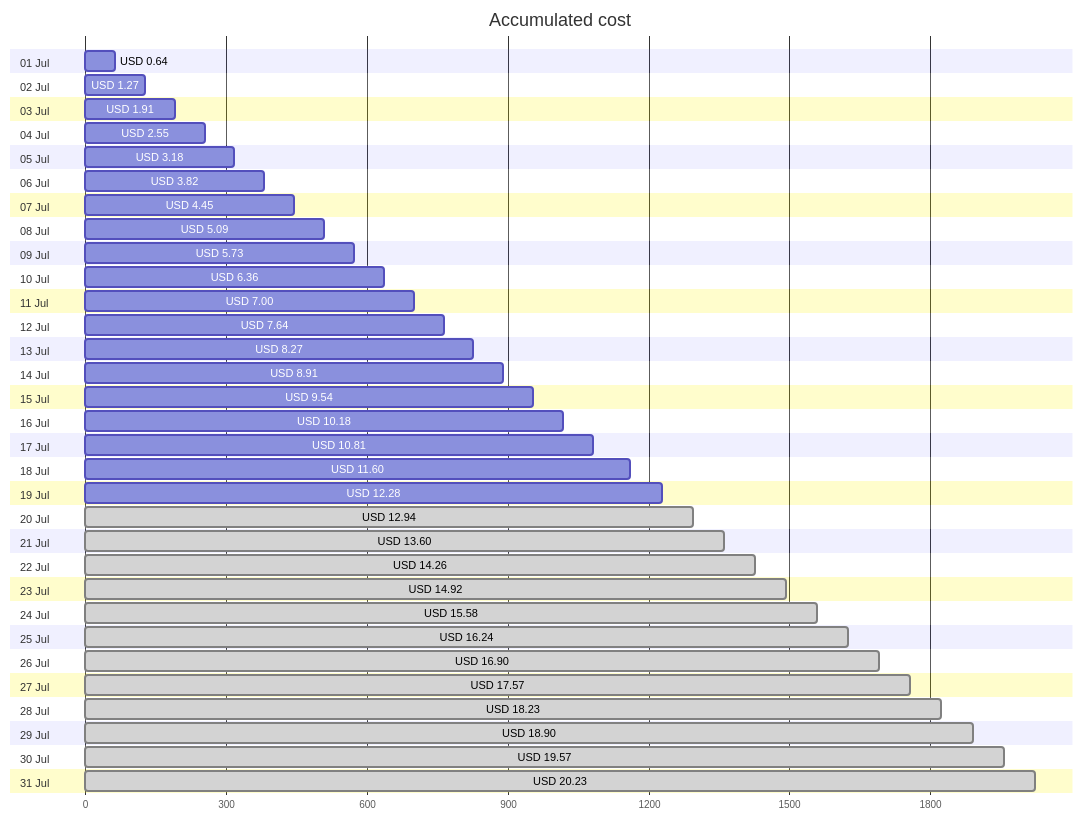
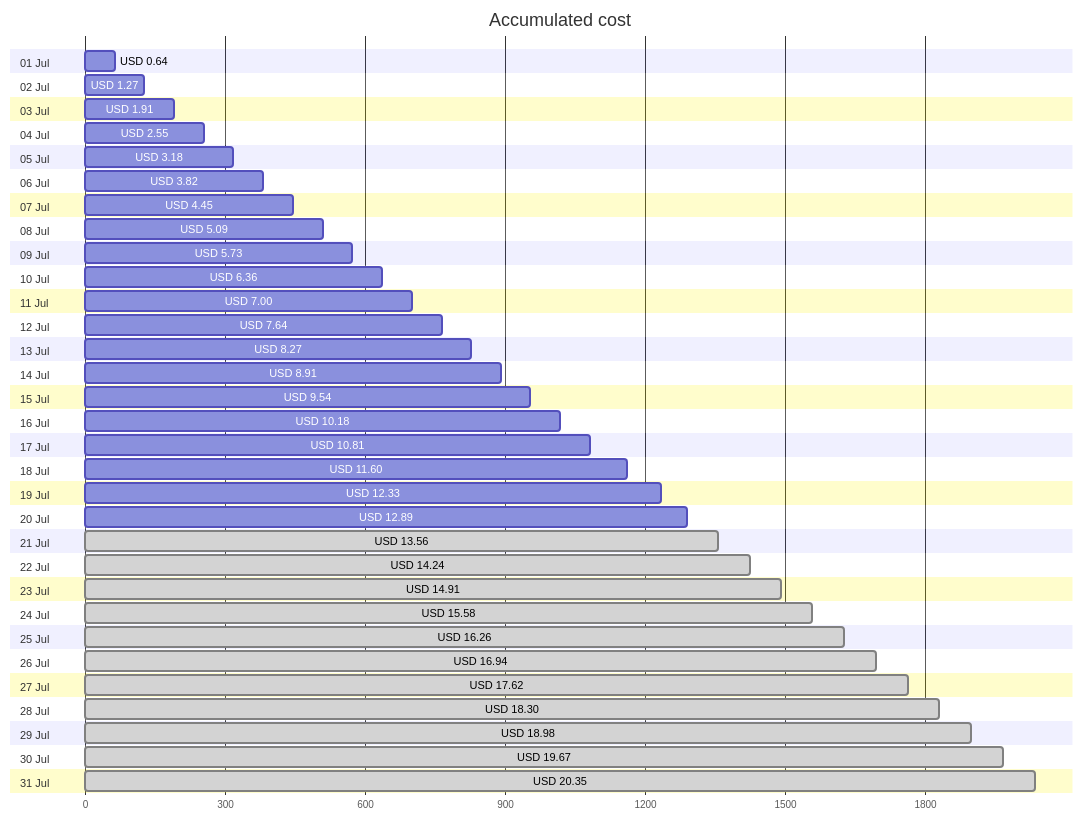
The first of 4 diagrams in cost-reports/accumulated-cost.md (jpfulton/azure-personal-reports), drawn with Mermaid before and after one commit. The commit also changed other lines of this file and 4 other files, not shown here.

````diff
--- a/cost-reports/accumulated-cost.md
+++ b/cost-reports/accumulated-cost.md
@@ -20,68 +20,68 @@
 ```mermaid
 gantt
    title Accumulated cost
    dateFormat  X
    axisFormat %s
    section 01 Jul
    USD 0.64 :0, 64
    section 02 Jul
    USD 1.27 :0, 127
    section 03 Jul
    USD 1.91 :0, 191
    section 04 Jul
    USD 2.55 :0, 255
    section 05 Jul
    USD 3.18 :0, 318
    section 06 Jul
    USD 3.82 :0, 382
    section 07 Jul
    USD 4.45 :0, 445
    section 08 Jul
    USD 5.09 :0, 509
    section 09 Jul
    USD 5.73 :0, 573
    section 10 Jul
    USD 6.36 :0, 636
    section 11 Jul
    USD 7.00 :0, 700
    section 12 Jul
    USD 7.64 :0, 764
    section 13 Jul
    USD 8.27 :0, 827
    section 14 Jul
    USD 8.91 :0, 891
    section 15 Jul
    USD 9.54 :0, 954
    section 16 Jul
    USD 10.18 :0, 1018
    section 17 Jul
    USD 10.81 :0, 1081
    section 18 Jul
    USD 11.60 :0, 1160
    section 19 Jul
-   USD 12.28 :0, 1228
+   USD 12.33 :0, 1233
    section 20 Jul
-   USD 12.94 : done, 0, 1294
+   USD 12.89 :0, 1289
    section 21 Jul
-   USD 13.60 : done, 0, 1360
+   USD 13.56 : done, 0, 1356
    section 22 Jul
-   USD 14.26 : done, 0, 1426
+   USD 14.24 : done, 0, 1424
    section 23 Jul
-   USD 14.92 : done, 0, 1492
+   USD 14.91 : done, 0, 1491
    section 24 Jul
    USD 15.58 : done, 0, 1558
    section 25 Jul
-   USD 16.24 : done, 0, 1624
+   USD 16.26 : done, 0, 1626
    section 26 Jul
-   USD 16.90 : done, 0, 1690
+   USD 16.94 : done, 0, 1694
    section 27 Jul
-   USD 17.57 : done, 0, 1757
+   USD 17.62 : done, 0, 1762
    section 28 Jul
-   USD 18.23 : done, 0, 1823
+   USD 18.30 : done, 0, 1830
    section 29 Jul
-   USD 18.90 : done, 0, 1890
+   USD 18.98 : done, 0, 1898
    section 30 Jul
-   USD 19.57 : done, 0, 1957
+   USD 19.67 : done, 0, 1967
    section 31 Jul
-   USD 20.23 : done, 0, 2023
+   USD 20.35 : done, 0, 2035
 ```
````
